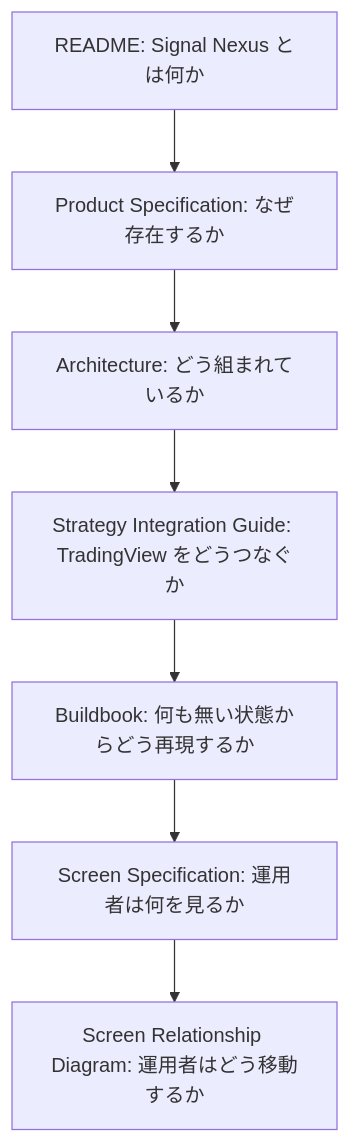
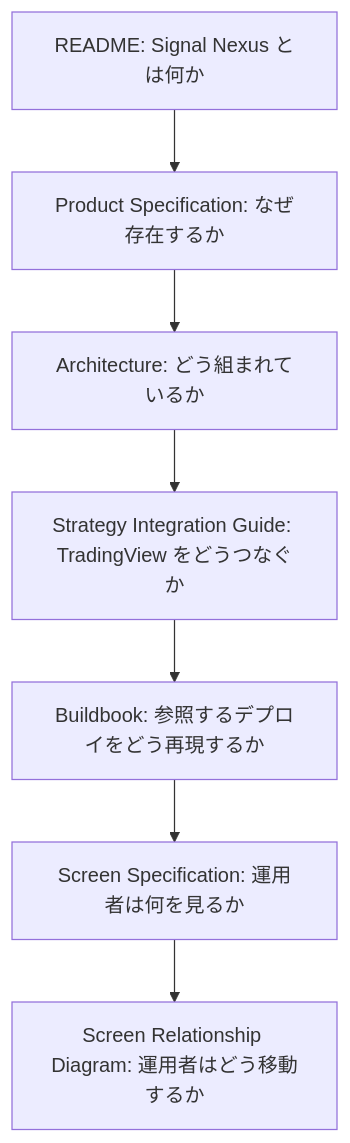
The second of 2 diagrams in docs/DOCUMENTATION_STRUCTURE_JA.md (SignalNexus/signal-nexus), drawn with Mermaid before and after one commit. The commit also changed other lines of this file and 3 other files, not shown here.

````diff
--- a/docs/DOCUMENTATION_STRUCTURE_JA.md
+++ b/docs/DOCUMENTATION_STRUCTURE_JA.md
@@ -199,9 +199,9 @@
 ```mermaid
 graph TD
   README["README: Signal Nexus とは何か"] --> ProductSpecification["Product Specification: なぜ存在するか"]
   ProductSpecification --> Architecture["Architecture: どう組まれているか"]
   Architecture --> StrategyIntegrationGuide["Strategy Integration Guide: TradingView をどうつなぐか"]
-  StrategyIntegrationGuide --> Buildbook["Buildbook: 何も無い状態からどう再現するか"]
+  StrategyIntegrationGuide --> Buildbook["Buildbook: 参照するデプロイをどう再現するか"]
   Buildbook --> ScreenSpecification["Screen Specification: 運用者は何を見るか"]
   ScreenSpecification --> ScreenRelationshipDiagram["Screen Relationship Diagram: 運用者はどう移動するか"]
 ```
````
